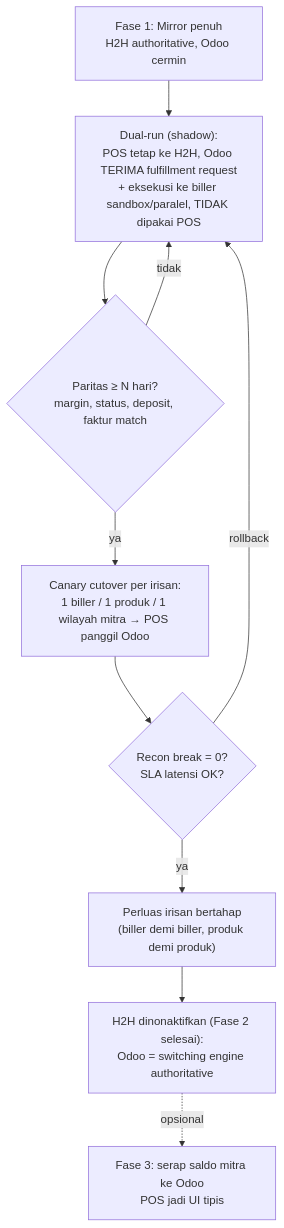
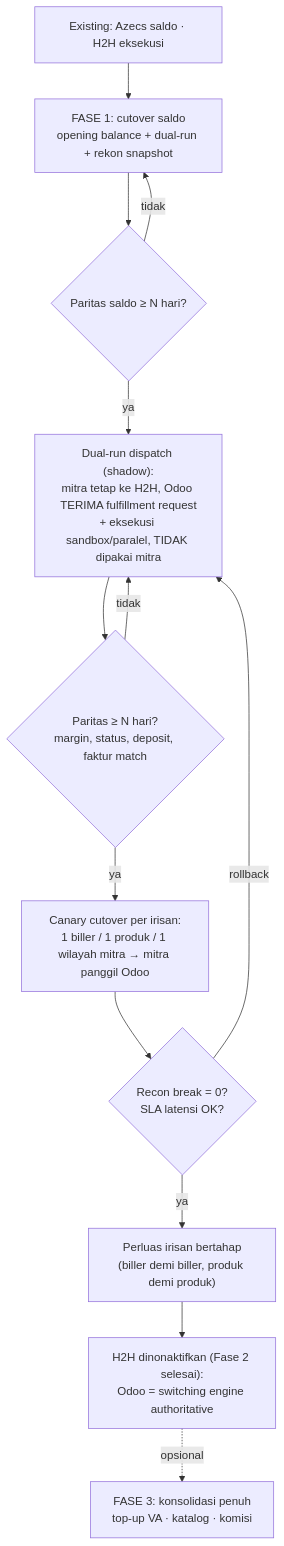
The fifth of 5 diagrams in docs/projects/ppob/ppob-eraspace-odoo-target-architecture.md (sarangrumah/odoo-platform), drawn with Mermaid before and after one commit. The commit also changed other lines of this file and 31 other files, not shown here.

First line of the commit message:
feat(ppob): Digiflazz biller adapter, SLA targets & throughput, Eraspace architecture revision

````diff
--- a/docs/projects/ppob/ppob-eraspace-odoo-target-architecture.md
+++ b/docs/projects/ppob/ppob-eraspace-odoo-target-architecture.md
@@ -204,12 +219,15 @@
 ```mermaid
 flowchart TB
-    S0[Fase 1: Mirror penuh<br/>H2H authoritative, Odoo cermin] --> S1
-    S1["Dual-run (shadow):<br/>POS tetap ke H2H, Odoo TERIMA fulfillment request<br/>+ eksekusi ke biller sandbox/paralel, TIDAK dipakai POS"] --> GATE1{Paritas ≥ N hari?<br/>margin, status, deposit, faktur match}
+    S0[Existing: Azecs saldo · H2H eksekusi] --> SW["FASE 1: cutover saldo<br/>opening balance + dual-run + rekon snapshot"]
+    SW --> GATE0{Paritas saldo ≥ N hari?}
+    GATE0 -- tidak --> SW
+    GATE0 -- ya --> S1["Dual-run dispatch (shadow):<br/>mitra tetap ke H2H, Odoo TERIMA fulfillment request<br/>+ eksekusi sandbox/paralel, TIDAK dipakai mitra"]
+    S1 --> GATE1{Paritas ≥ N hari?<br/>margin, status, deposit, faktur match}
     GATE1 -- tidak --> S1
-    GATE1 -- ya --> S2["Canary cutover per irisan:<br/>1 biller / 1 produk / 1 wilayah mitra → POS panggil Odoo"]
+    GATE1 -- ya --> S2["Canary cutover per irisan:<br/>1 biller / 1 produk / 1 wilayah mitra → mitra panggil Odoo"]
     S2 --> GATE2{Recon break = 0?<br/>SLA latensi OK?}
     GATE2 -- rollback --> S1
     GATE2 -- ya --> S3["Perluas irisan bertahap<br/>(biller demi biller, produk demi produk)"]
     S3 --> S4["H2H dinonaktifkan (Fase 2 selesai):<br/>Odoo = switching engine authoritative"]
-    S4 -.opsional.-> S5["Fase 3: serap saldo mitra ke Odoo<br/>POS jadi UI tipis"]
+    S4 -.opsional.-> S5["FASE 3: konsolidasi penuh<br/>top-up VA · katalog · komisi"]
 ```
````
